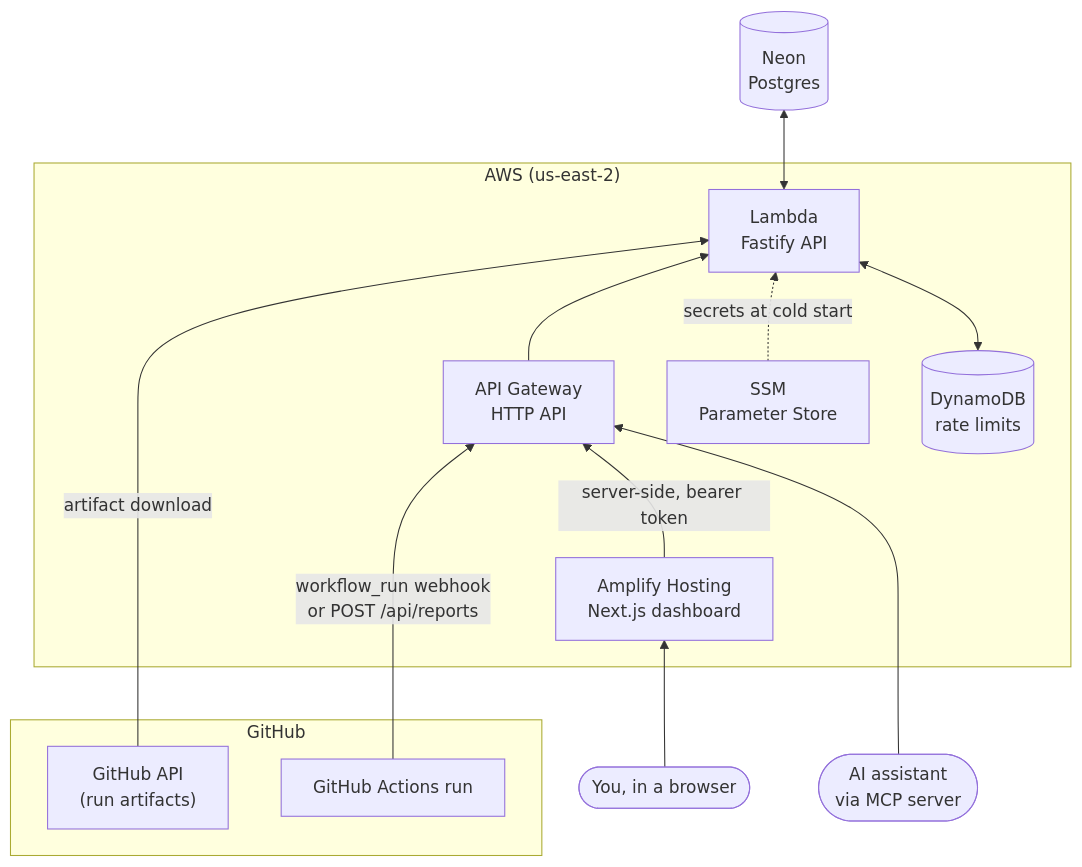
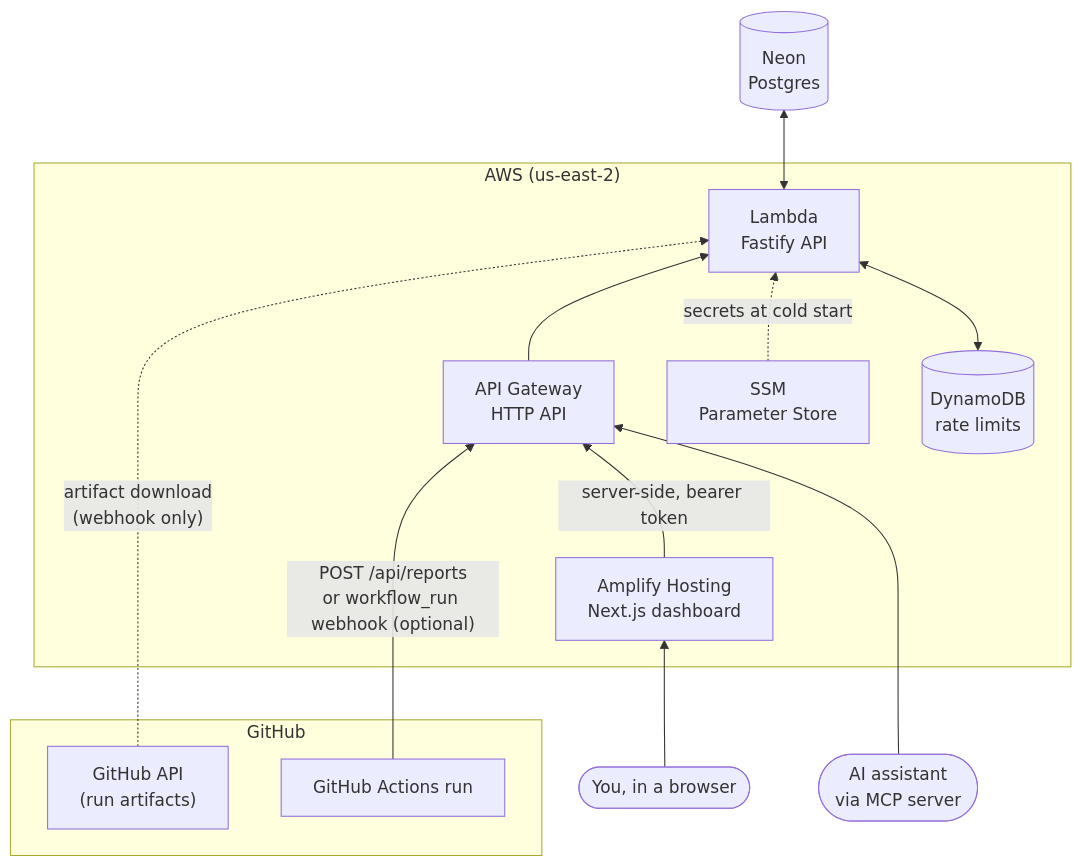
The first of 2 diagrams in README.md (glennmcd/flakehunter), drawn with Mermaid before and after one commit. The commit also changed other lines of this file and 13 other files, not shown here.

````diff
--- a/README.md
+++ b/README.md
@@ -29,29 +29,29 @@
 ```mermaid
 flowchart BT
   subgraph AWS["AWS (us-east-2)"]
     L["Lambda<br/>Fastify API"]
     APIGW["API Gateway<br/>HTTP API"]
     DDB[("DynamoDB<br/>rate limits")]
     SSM["SSM<br/>Parameter Store"]
     AMP["Amplify Hosting<br/>Next.js dashboard"]
   end
 
   subgraph GitHub
     GA["GitHub Actions run"]
     GHAPI["GitHub API<br/>(run artifacts)"]
   end
 
   DB[("Neon<br/>Postgres")]
   U(["You, in a browser"])
   AI(["AI assistant<br/>via MCP server"])
 
-  GA -- "workflow_run webhook<br/>or POST /api/reports" ---> APIGW
-  GHAPI -- "artifact download" --> L
+  GA -- "POST /api/reports<br/>or workflow_run webhook (optional)" ---> APIGW
+  GHAPI -. "artifact download<br/>(webhook only)" .-> L
   APIGW --> L
   SSM -. "secrets at cold start" .-> L
   DDB <--> L
   L <--> DB
   U --> AMP
   AMP -- "server-side, bearer token" --> APIGW
   AI ---> APIGW
 ```
````
